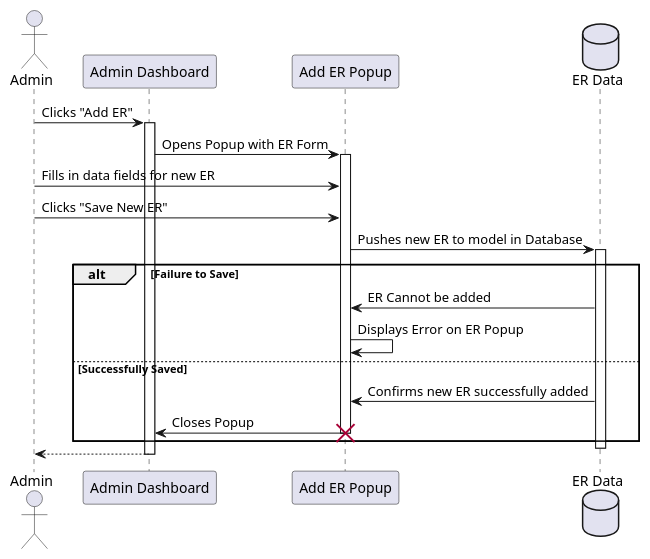
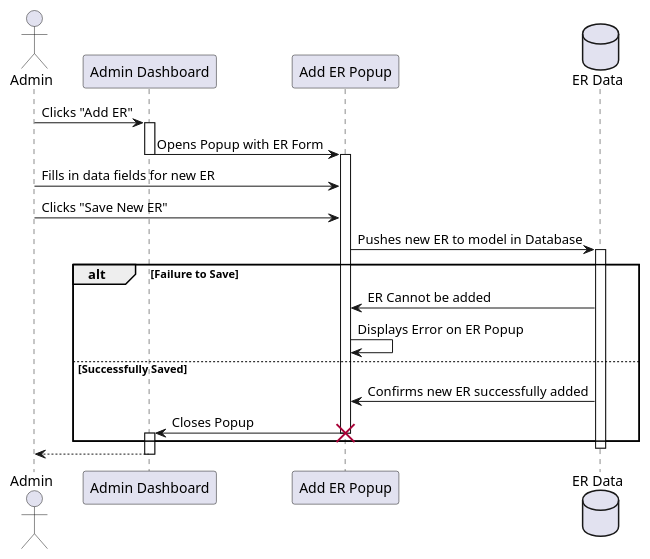
The diagram in milestone_2/MattDiagrams/admin_sequence.puml (SENG-350-2024-fall/Group2), drawn with PlantUML before and after one commit. The commit also changed 2 other files, not shown here.

Commit message:
ClassD and ERD

```diff
--- a/milestone_2/MattDiagrams/admin_sequence.puml
+++ b/milestone_2/MattDiagrams/admin_sequence.puml
@@ -1,32 +1,33 @@
 @startuml
 
 actor       Admin as A
 participant "Admin Dashboard" as Dash
 participant "Add ER Popup" as Popup
 database    "ER Data" as DB
 
 
 A -> Dash : Clicks "Add ER"
 activate Dash
 Dash -> Popup : Opens Popup with ER Form
+deactivate Dash
 activate Popup
 A -> Popup : Fills in data fields for new ER
 A -> Popup : Clicks "Save New ER"
 Popup -> DB : Pushes new ER to model in Database
 activate DB
 alt Failure to Save
     DB -> Popup : ER Cannot be added
     Popup -> Popup : Displays Error on ER Popup
 else Successfully Saved
     DB -> Popup : Confirms new ER successfully added
     Popup -> Dash : Closes Popup
     destroy Popup
+    activate Dash
     end
     
 deactivate DB
-
 Dash --> A
 deactivate Dash
 
 
 @enduml
```
